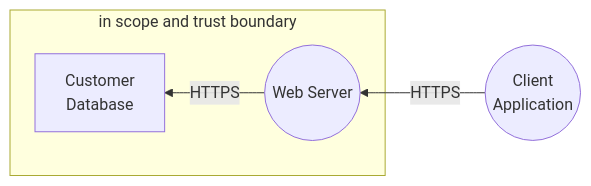
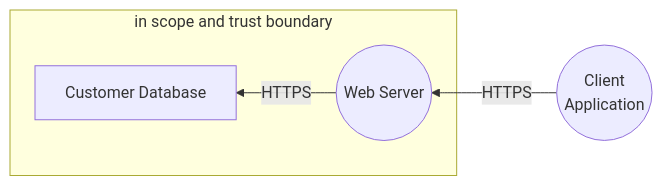
One commit to johnlwhiteman/living-threat-models changed the diagram in models/mermaid.md. Above: the diagram before and after it, drawn with Mermaid. The commit also changed 1 other file, not shown here.

````diff
--- a/models/mermaid.md
+++ b/models/mermaid.md
@@ -3,7 +3,7 @@
 ```mermaid
 flowchart RL
     client((Client\nApplication)) --HTTPS--> webserver((Web Server))
     subgraph in scope and trust boundary
-        webserver((Web Server)) --HTTPS--> databasep[Customer\n Database]
+        webserver((Web Server)) --HTTPS--> databasep[Customer Database]
     end
 ```
````
